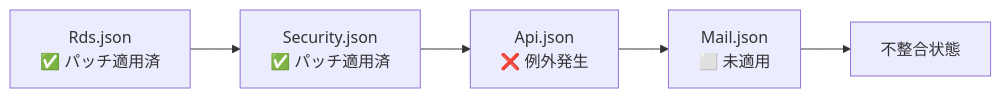
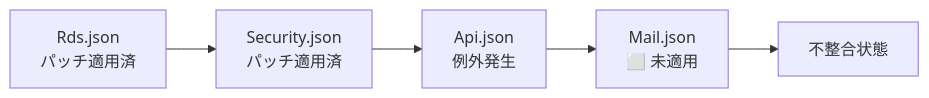
The second of 9 diagrams in docs/research/05-基盤・ツール/005-CodeDefiner-Parameterマージ.md (vehiclevisionjp/VehicleVision.Pleasanter.ResearchDocuments), drawn with Mermaid before and after one commit. The commit also changed other lines of this file and 15 other files, not shown here.

````diff
--- a/docs/research/05-基盤・ツール/005-CodeDefiner-Parameterマージ.md
+++ b/docs/research/05-基盤・ツール/005-CodeDefiner-Parameterマージ.md
@@ -202,7 +202,7 @@
 ```mermaid
 flowchart LR
-    A["Rds.json<br/>✅ パッチ適用済"] --> B["Security.json<br/>✅ パッチ適用済"]
-    B --> C["Api.json<br/>❌ 例外発生"]
+    A["Rds.json<br/>パッチ適用済"] --> B["Security.json<br/>パッチ適用済"]
+    B --> C["Api.json<br/>例外発生"]
     C --> D["Mail.json<br/>⬜ 未適用"]
     D --> E["不整合状態"]
 ```
````
